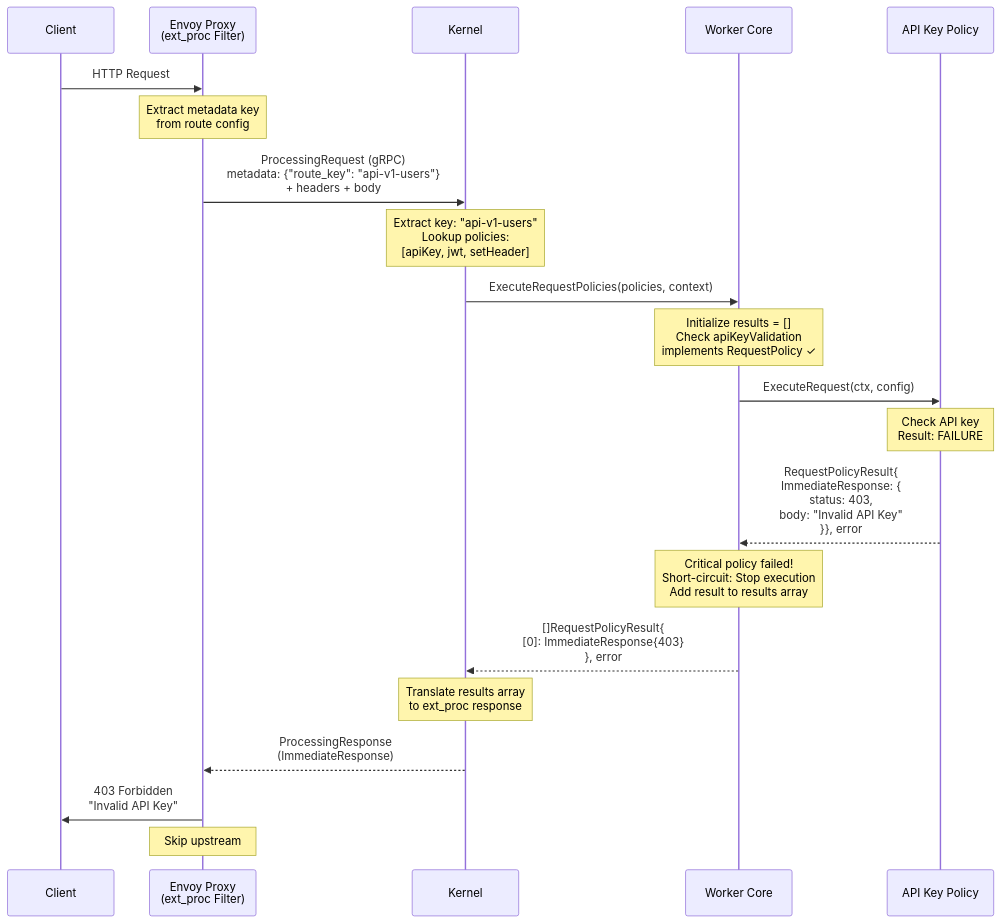
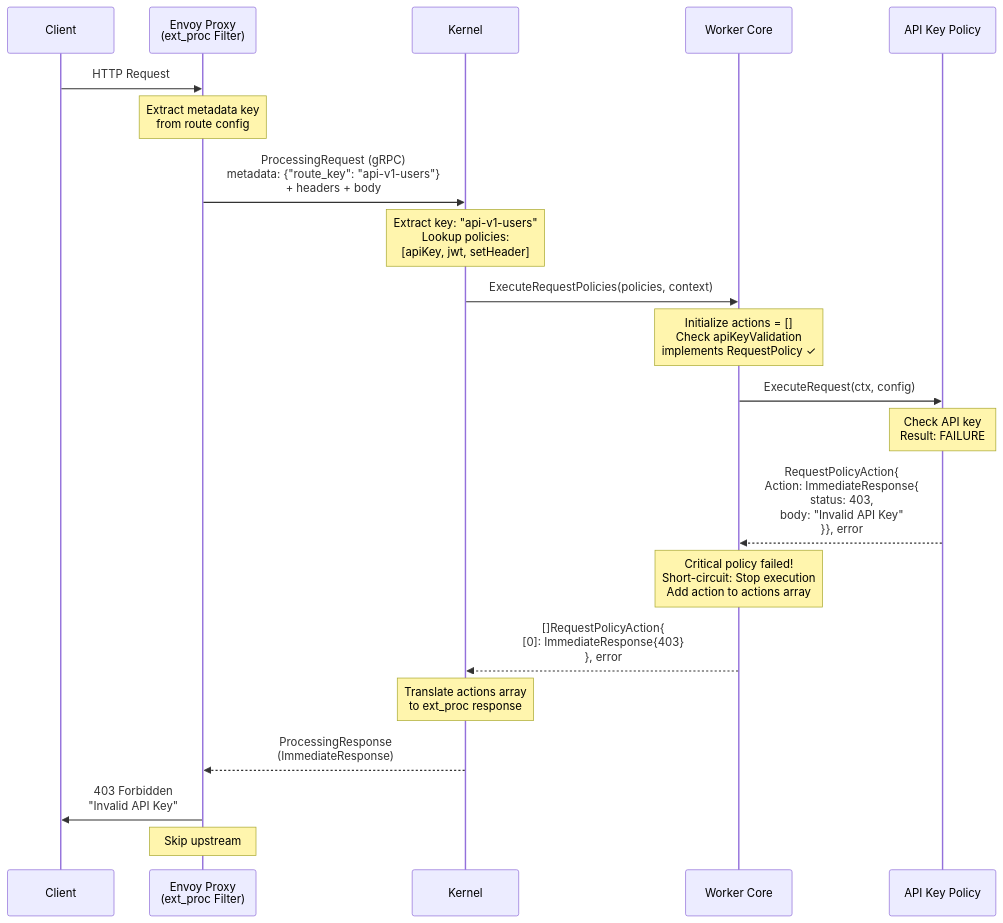
The fourth of 7 diagrams in Spec.md (wso2/api-platform), drawn with Mermaid before and after one commit. The commit also changed other lines of this file, not shown here.

Commit message:
Refactor policy result handling to use action types for request and response phases

````diff
--- a/Spec.md
+++ b/Spec.md
@@ -628,24 +716,24 @@
 ```mermaid
 sequenceDiagram
     participant Client
     participant Envoy as Envoy Proxy<br/>(ext_proc Filter)
     participant Kernel
     participant Core as Worker Core
     participant Policy as API Key Policy
 
     Client->>Envoy: HTTP Request
     Note over Envoy: Extract metadata key<br/>from route config
     Envoy->>Kernel: ProcessingRequest (gRPC)<br/>metadata: {"route_key": "api-v1-users"}<br/>+ headers + body
     Note over Kernel: Extract key: "api-v1-users"<br/>Lookup policies:<br/>[apiKey, jwt, setHeader]
     Kernel->>Core: ExecuteRequestPolicies(policies, context)
-    Note over Core: Initialize results = []<br/>Check apiKeyValidation<br/>implements RequestPolicy ✓
+    Note over Core: Initialize actions = []<br/>Check apiKeyValidation<br/>implements RequestPolicy ✓
     Core->>Policy: ExecuteRequest(ctx, config)
     Note over Policy: Check API key<br/>Result: FAILURE
-    Policy-->>Core: RequestPolicyResult{<br/>ImmediateResponse: {<br/>status: 403,<br/>body: "Invalid API Key"<br/>}}, error
-    Note over Core: Critical policy failed!<br/>Short-circuit: Stop execution<br/>Add result to results array
-    Core-->>Kernel: []RequestPolicyResult{<br/>[0]: ImmediateResponse{403}<br/>}, error
-    Note over Kernel: Translate results array<br/>to ext_proc response
+    Policy-->>Core: RequestPolicyAction{<br/>Action: ImmediateResponse{<br/>status: 403,<br/>body: "Invalid API Key"<br/>}}, error
+    Note over Core: Critical policy failed!<br/>Short-circuit: Stop execution<br/>Add action to actions array
+    Core-->>Kernel: []RequestPolicyAction{<br/>[0]: ImmediateResponse{403}<br/>}, error
+    Note over Kernel: Translate actions array<br/>to ext_proc response
     Kernel-->>Envoy: ProcessingResponse<br/>(ImmediateResponse)
     Envoy->>Client: 403 Forbidden<br/>"Invalid API Key"
     Note over Envoy: Skip upstream
 ```
````
